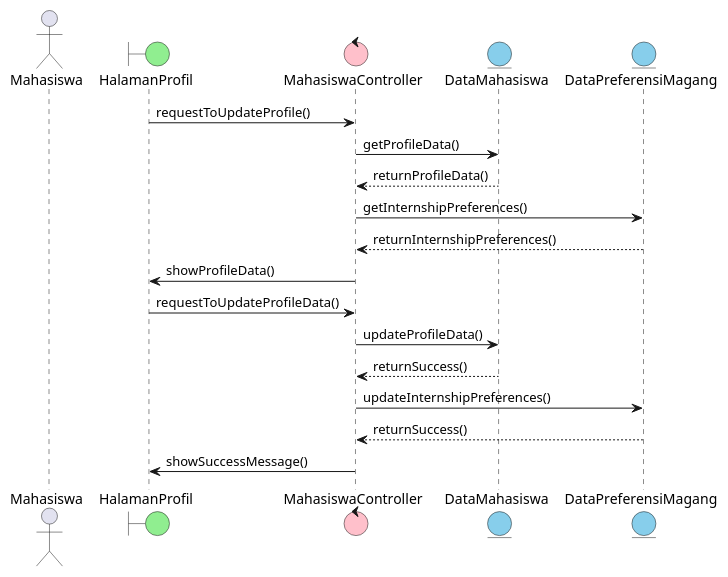
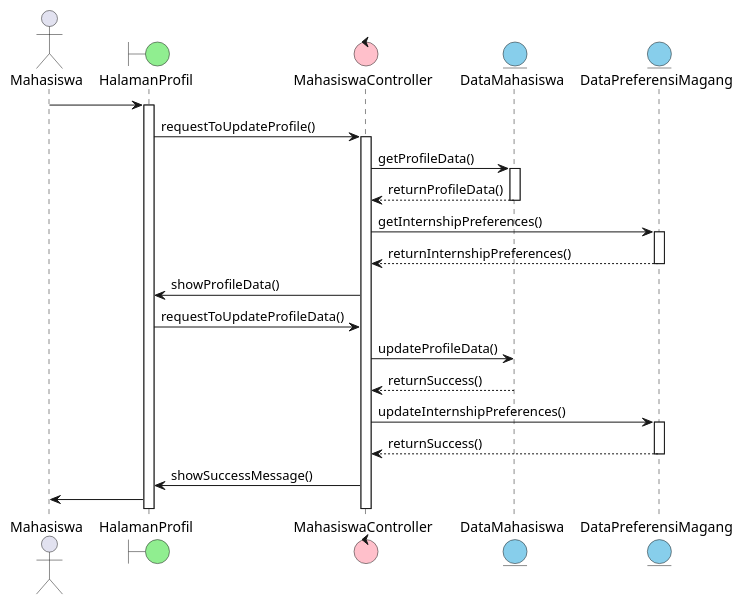
One commit to petrusthelastking/MAGNET-Magang-Network-And-Tracking changed the diagram in docs/sequence-diagram/mahasiswa/04-memperbarui-data-diri-dan-preferensi-magang.plantuml. Above: the diagram before and after it, drawn with PlantUML. The commit also changed 6 other files, not shown here.

Commit message:
doc: add streamline to some existing sequence diagram

```diff
--- a/docs/sequence-diagram/mahasiswa/04-memperbarui-data-diri-dan-preferensi-magang.plantuml
+++ b/docs/sequence-diagram/mahasiswa/04-memperbarui-data-diri-dan-preferensi-magang.plantuml
@@ -1,23 +1,33 @@
 @startuml memperbarui-data-diri-dan-preferensi-magang
 
 actor Mahasiswa
 
 boundary HalamanProfil #LightGreen
 control MahasiswaController #Pink
 entity DataMahasiswa #SkyBlue
 entity DataPreferensiMagang #SkyBlue
 
+Mahasiswa -> HalamanProfil
+activate HalamanProfil
 HalamanProfil -> MahasiswaController : requestToUpdateProfile()
+activate MahasiswaController
 MahasiswaController -> DataMahasiswa : getProfileData()
+activate DataMahasiswa
 DataMahasiswa --> MahasiswaController : returnProfileData()
+deactivate DataMahasiswa
 MahasiswaController -> DataPreferensiMagang : getInternshipPreferences()
+activate DataPreferensiMagang
 DataPreferensiMagang --> MahasiswaController : returnInternshipPreferences()
+deactivate DataPreferensiMagang
 MahasiswaController -> HalamanProfil : showProfileData()
 HalamanProfil -> MahasiswaController : requestToUpdateProfileData()
 MahasiswaController -> DataMahasiswa : updateProfileData()
 DataMahasiswa --> MahasiswaController : returnSuccess()
 MahasiswaController -> DataPreferensiMagang : updateInternshipPreferences()
+activate DataPreferensiMagang
 DataPreferensiMagang --> MahasiswaController : returnSuccess()
+deactivate DataPreferensiMagang
 MahasiswaController -> HalamanProfil : showSuccessMessage()
+HalamanProfil -> Mahasiswa
 
 @enduml
```
